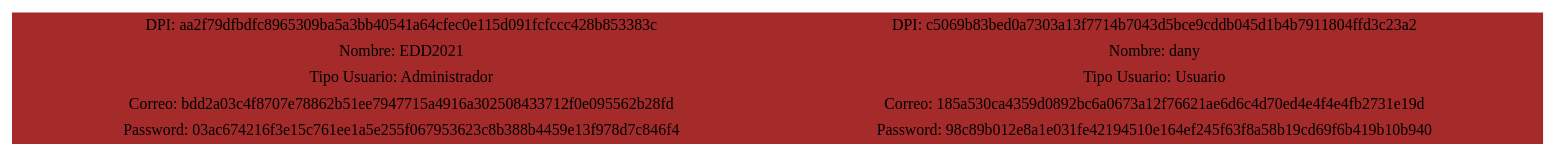
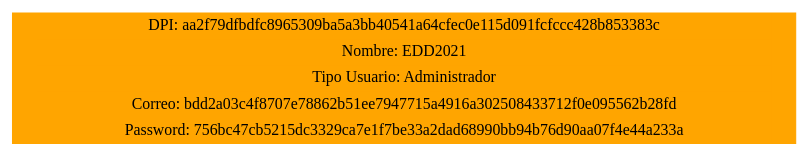
Before and after one commit to Daniel-Chicas/EDD_VirtualMall_201807079: the diagram in cliente/src/ArbolesUsuarios/diagrama.dot, drawn with Graphviz. The commit also changed 10 other files, not shown here.

```diff
--- a/cliente/src/ArbolesUsuarios/diagrama.dot
+++ b/cliente/src/ArbolesUsuarios/diagrama.dot
@@ -1,4 +1,4 @@
 digraph G{ 
 node[shape=record] 
-node0xc00006ec00 [style = filled color="brown" label="<f0>|{DPI: aa2f79dfbdfc8965309ba5a3bb40541a64cfec0e115d091fcfccc428b853383c|Nombre: EDD2021|Tipo Usuario: Administrador|Correo: bdd2a03c4f8707e78862b51ee7947715a4916a302508433712f0e095562b28fd|Password: 03ac674216f3e15c761ee1a5e255f067953623c8b388b4459e13f978d7c846f4}|<f2>|{DPI: c5069b83bed0a7303a13f7714b7043d5bce9cddb045d1b4b7911804ffd3c23a2|Nombre: dany|Tipo Usuario: Usuario|Correo: 185a530ca4359d0892bc6a0673a12f76621ae6d6c4d70ed4e4f4e4fb2731e19d|Password: 98c89b012e8a1e031fe42194510e164ef245f63f8a58b19cd69f6b419b10b940}|<f4>"] 
+node0xc00013ac00 [style = filled color="orange" label="<f0>|{DPI: aa2f79dfbdfc8965309ba5a3bb40541a64cfec0e115d091fcfccc428b853383c|Nombre: EDD2021|Tipo Usuario: Administrador|Correo: bdd2a03c4f8707e78862b51ee7947715a4916a302508433712f0e095562b28fd|Password: 756bc47cb5215dc3329ca7e1f7be33a2dad68990bb94b76d90aa07f4e44a233a}|<f2>"] 
 }
```
